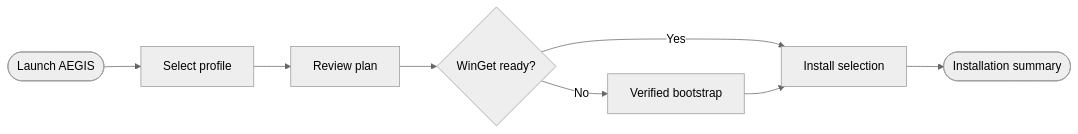
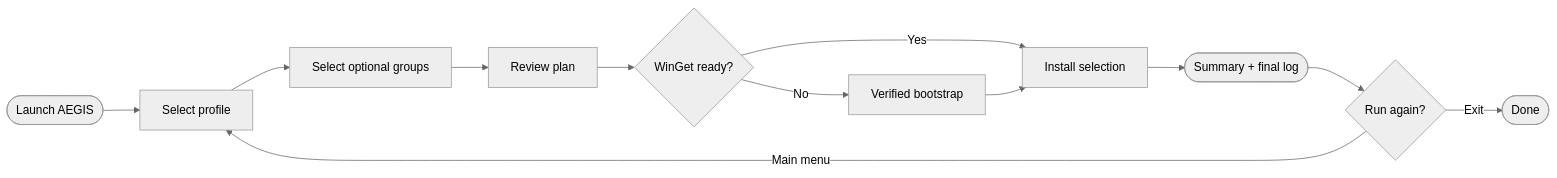
The diagram in README.md (Marek-Codex/AEGIS), drawn with Mermaid (neutral theme) before and after one commit. The commit also changed other lines of this file and 4 other files, not shown here.

First line of the commit message:
Add menu navigation, fix DirectPlay elevation order, show final log

````diff
--- a/README.md
+++ b/README.md
@@ -31,10 +31,14 @@
 ```mermaid
 flowchart LR
     entry([Launch AEGIS]) --> profile[Select profile]
-    profile --> plan[Review plan]
+    profile --> groups[Select optional groups]
+    groups --> plan[Review plan]
     plan --> winget{WinGet ready?}
     winget -->|Yes| install[Install selection]
     winget -->|No| bootstrap[Verified bootstrap]
     bootstrap --> install
-    install --> summary([Installation summary])
+    install --> summary([Summary + final log])
+    summary --> again{Run again?}
+    again -->|Main menu| profile
+    again -->|Exit| done([Done])
 ```
````
